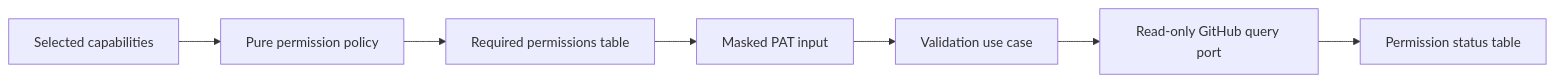
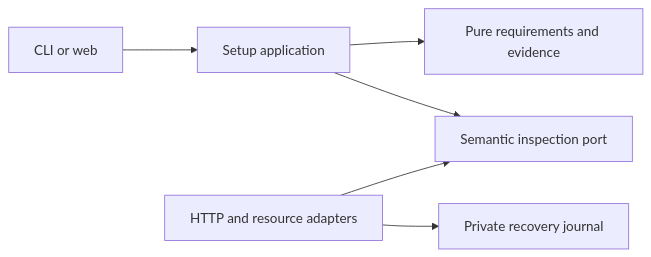
One commit to vypdev/copilot changed the second of 2 diagrams in specs/setup-pat-permission-guidance-and-verification.md. Above: the diagram before and after it, drawn with Mermaid. The commit also changed other lines of this file and 66 other files, not shown here.

Commit message:
codex-audit-pat-permissions: Harden setup and workflow PAT capability audits

````diff
--- a/specs/setup-pat-permission-guidance-and-verification.md
+++ b/specs/setup-pat-permission-guidance-and-verification.md
@@ -417,9 +480,8 @@
 ```mermaid
 flowchart LR
-    C[Selected capabilities] --> P[Pure permission policy]
-    P --> R[Required permissions table]
-    R --> S[Masked PAT input]
-    S --> V[Validation use case]
-    V --> Q[Read-only GitHub query port]
-    Q --> O[Permission status table]
+  UI[CLI or web] --> UC[Setup application]
+  UC --> Policy[Pure requirements and evidence]
+  UC --> Port[Semantic inspection port]
+  Adapter[HTTP and resource adapters] --> Port
+  Adapter --> Journal[Private recovery journal]
 ```
````
